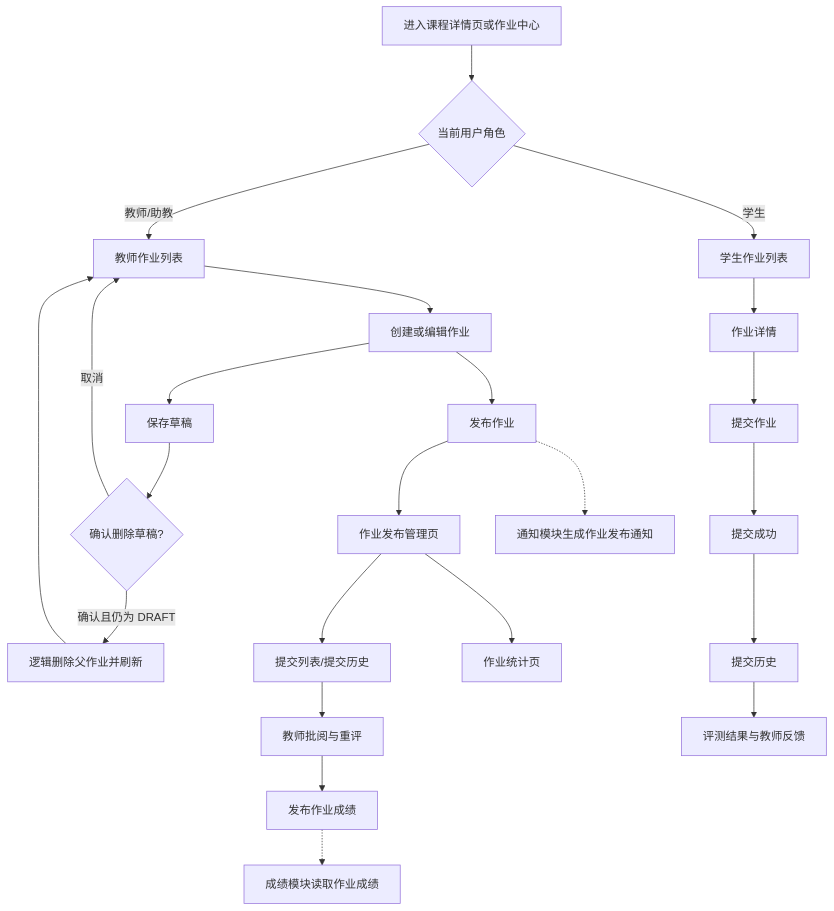
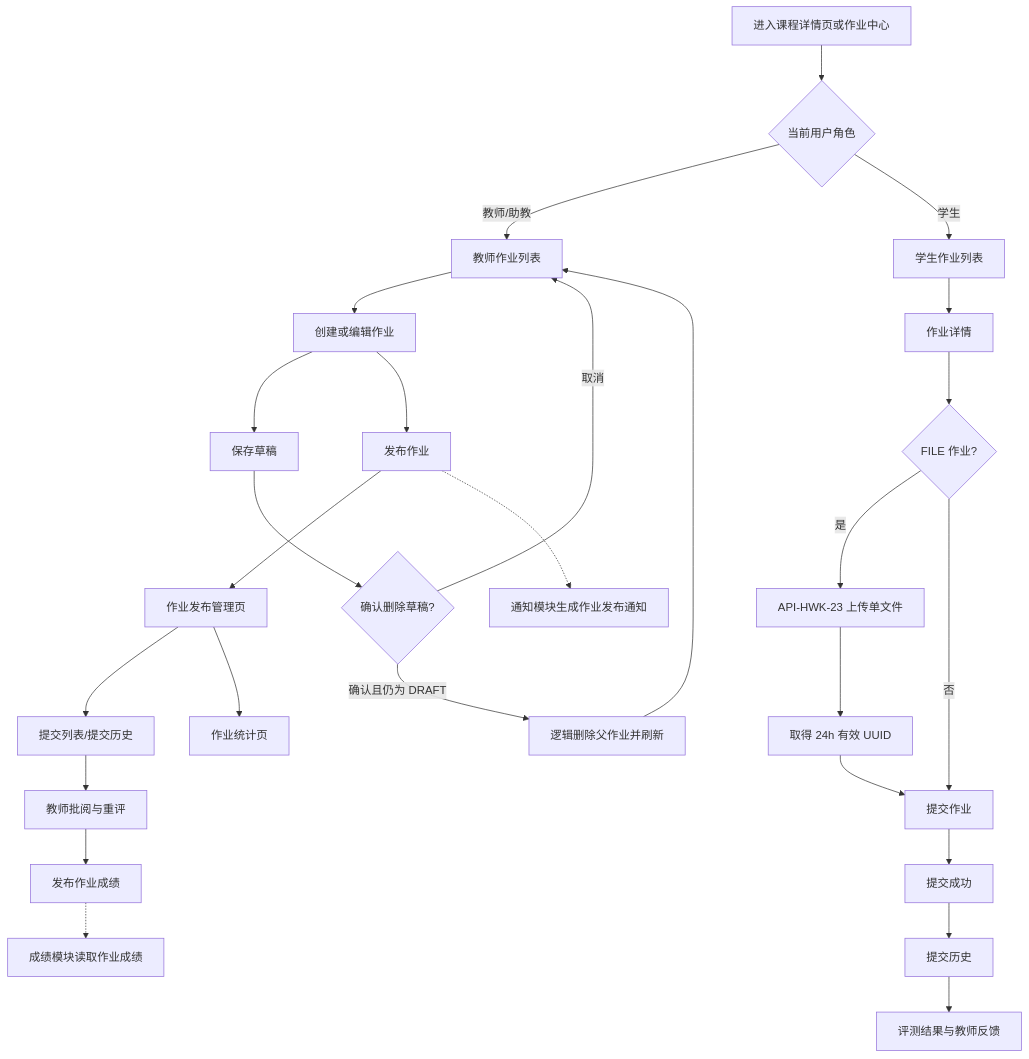
One commit to Cr4zyorange/OnlineJudge changed the first of 9 diagrams in docs/过程/详细设计/HWK-作业与自动评测模块-详细设计提交稿.md. Above: the diagram before and after it, drawn with Mermaid. The commit also changed other lines of this file and 13 other files, not shown here.

````diff
--- a/docs/过程/详细设计/HWK-作业与自动评测模块-详细设计提交稿.md
+++ b/docs/过程/详细设计/HWK-作业与自动评测模块-详细设计提交稿.md
@@ -121,25 +123,29 @@
 ```mermaid
 graph TD
     A[进入课程详情页或作业中心] --> B{当前用户角色}
     B -->|教师/助教| T1[教师作业列表]
     T1 --> T2[创建或编辑作业]
     T2 --> T3[保存草稿]
     T3 --> T10{确认删除草稿?}
     T10 -->|取消| T1
     T10 -->|确认且仍为 DRAFT| T11[逻辑删除父作业并刷新]
     T11 --> T1
     T2 --> T4[发布作业]
     T4 --> T5[作业发布管理页]
     T5 --> T6[提交列表/提交历史]
     T6 --> T7[教师批阅与重评]
     T5 --> T8[作业统计页]
     T7 --> T9[发布作业成绩]
     B -->|学生| S1[学生作业列表]
     S1 --> S2[作业详情]
-    S2 --> S3[提交作业]
+    S2 --> S21{FILE 作业?}
+    S21 -->|是| S22[API-HWK-23 上传单文件]
+    S22 --> S23[取得 24h 有效 UUID]
+    S23 --> S3[API-HWK-07 原子绑定并提交]
+    S21 -->|否| S3[提交作业]
     S3 --> S4[提交成功]
     S4 --> S5[提交历史]
     S5 --> S6[评测结果与教师反馈]
     T4 -.-> N1[通知模块生成作业发布通知]
     T9 -.-> G1[成绩模块读取作业成绩]
 ```
````
